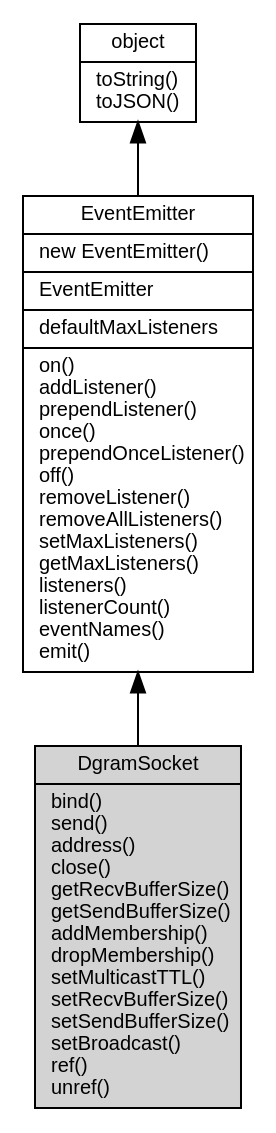
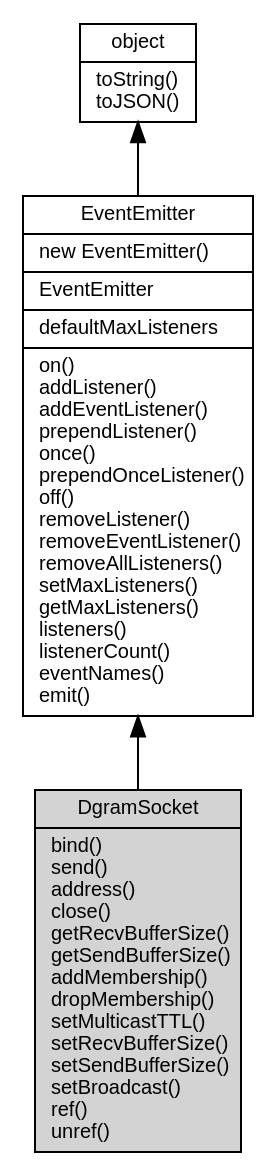
Before and after one commit to fibjs/fibjs.org: the diagram in docs/manual/object/ifs/DgramSocket.md, drawn with Graphviz. The commit also changed other lines of this file and 58 other files, not shown here.

````diff
--- a/docs/manual/object/ifs/DgramSocket.md
+++ b/docs/manual/object/ifs/DgramSocket.md
@@ -35,12 +35,12 @@
 ```dot
 digraph {
     node [fontname="Helvetica,sans-Serif", fontsize=10, shape="record", style="filled", fillcolor="white"];
 
     object [tooltip="object", URL="object.md", label="{object|toString()\ltoJSON()\l}"];
-    EventEmitter [tooltip="EventEmitter", URL="EventEmitter.md", label="{EventEmitter|new EventEmitter()\l|EventEmitter\l|defaultMaxListeners\l|on()\laddListener()\lprependListener()\lonce()\lprependOnceListener()\loff()\lremoveListener()\lremoveAllListeners()\lsetMaxListeners()\lgetMaxListeners()\llisteners()\llistenerCount()\leventNames()\lemit()\l}"];
+    EventEmitter [tooltip="EventEmitter", URL="EventEmitter.md", label="{EventEmitter|new EventEmitter()\l|EventEmitter\l|defaultMaxListeners\l|on()\laddListener()\laddEventListener()\lprependListener()\lonce()\lprependOnceListener()\loff()\lremoveListener()\lremoveEventListener()\lremoveAllListeners()\lsetMaxListeners()\lgetMaxListeners()\llisteners()\llistenerCount()\leventNames()\lemit()\l}"];
     DgramSocket [tooltip="DgramSocket", fillcolor="lightgray", id="me", label="{DgramSocket|bind()\lsend()\laddress()\lclose()\lgetRecvBufferSize()\lgetSendBufferSize()\laddMembership()\ldropMembership()\lsetMulticastTTL()\lsetRecvBufferSize()\lsetSendBufferSize()\lsetBroadcast()\lref()\lunref()\l}"];
 
     object -> EventEmitter [dir=back];
     EventEmitter -> DgramSocket [dir=back];
 }
 ```
````
